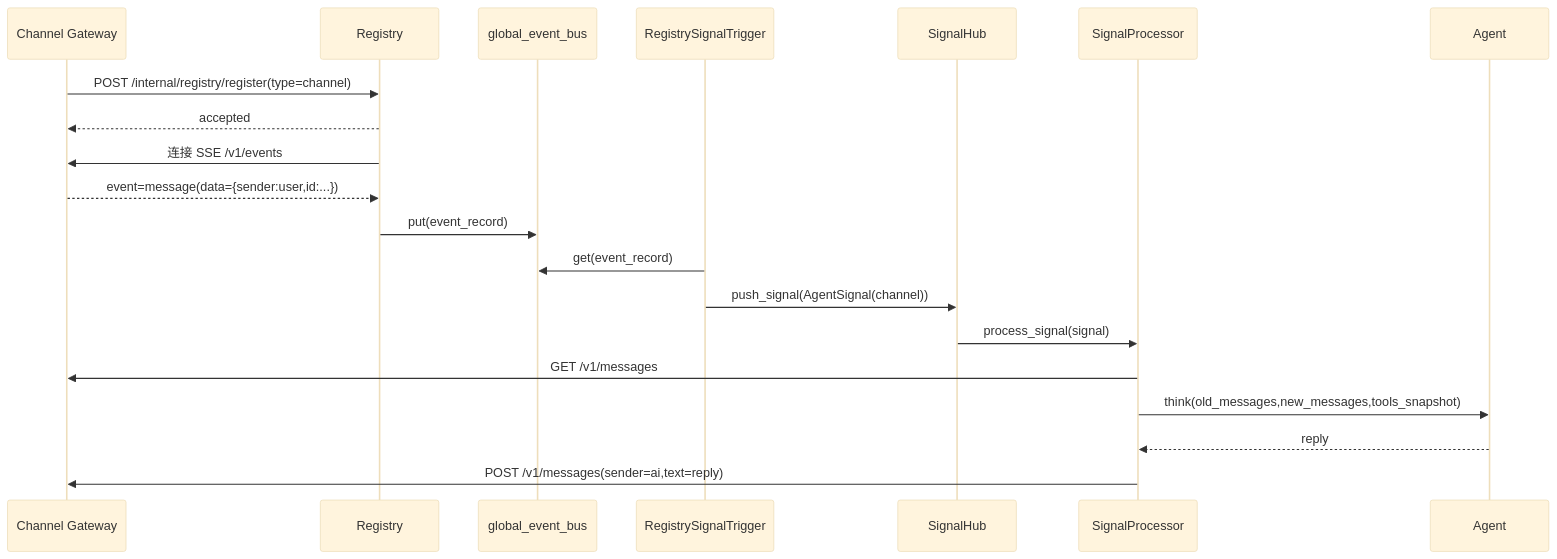
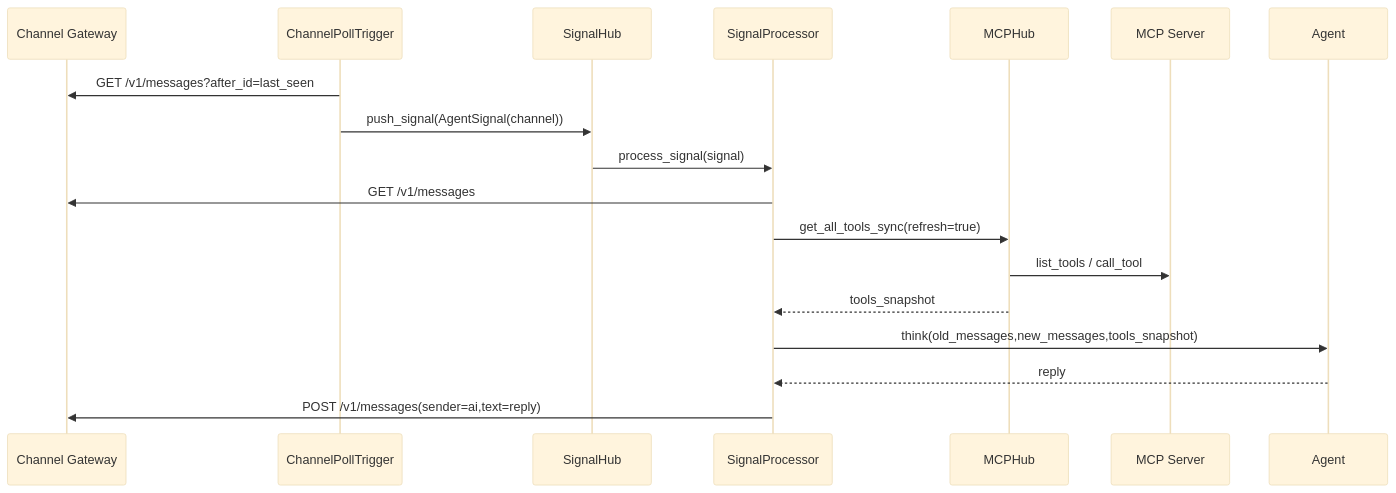
One commit to tamakara/AIChan changed the diagram in docs/3.message-loop.md. Above: the diagram before and after it, drawn with Mermaid (base theme). The commit also changed other lines of this file and 30 other files, not shown here.

````diff
--- a/docs/3.message-loop.md
+++ b/docs/3.message-loop.md
@@ -13,23 +13,21 @@
 ```mermaid
 sequenceDiagram
     participant GW as Channel Gateway
-    participant REG as Registry
-    participant BUS as global_event_bus
-    participant TRG as RegistrySignalTrigger
+    participant TRG as ChannelPollTrigger
     participant HUB as SignalHub
     participant PROC as SignalProcessor
+    participant MCP as MCPHub
+    participant MCPS as MCP Server
     participant AG as Agent
 
-    GW->>REG: POST /internal/registry/register(type=channel)
-    REG-->>GW: accepted
-    REG->>GW: 连接 SSE /v1/events
-    GW-->>REG: event=message(data={sender:user,id:...})
-    REG->>BUS: put(event_record)
-    TRG->>BUS: get(event_record)
+    TRG->>GW: GET /v1/messages?after_id=last_seen
     TRG->>HUB: push_signal(AgentSignal(channel))
     HUB->>PROC: process_signal(signal)
     PROC->>GW: GET /v1/messages
+    PROC->>MCP: get_all_tools_sync(refresh=true)
+    MCP->>MCPS: list_tools / call_tool
+    MCP-->>PROC: tools_snapshot
     PROC->>AG: think(old_messages,new_messages,tools_snapshot)
     AG-->>PROC: reply
     PROC->>GW: POST /v1/messages(sender=ai,text=reply)
 ```
````
